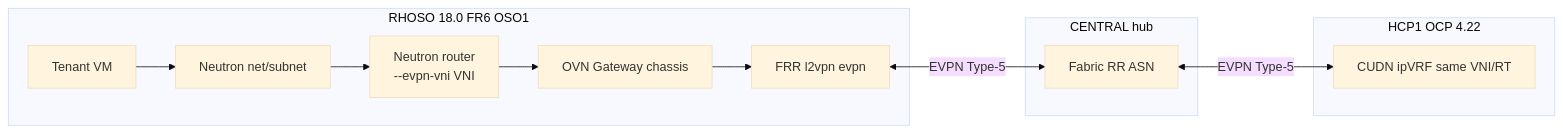
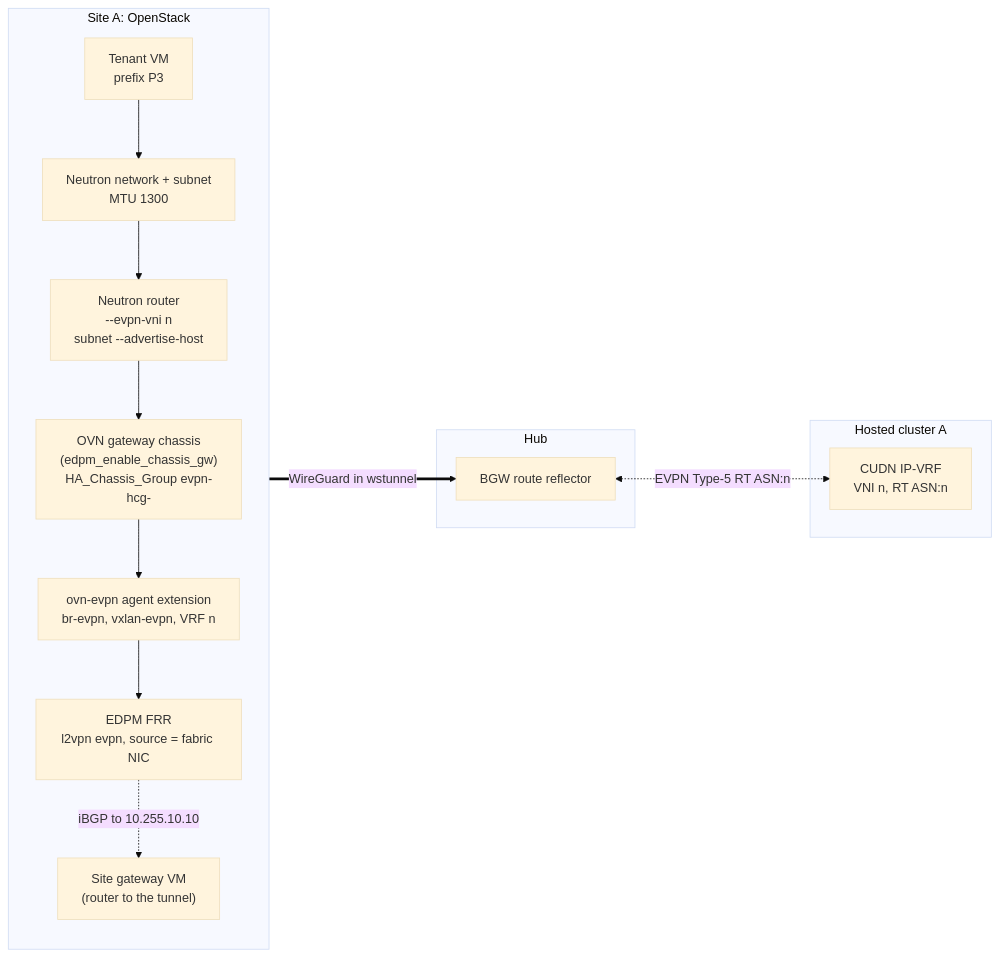
One commit to hybrid-sovereign-cloud/hybridcloud-demojam changed the eighth of 15 diagrams in design/fabric.md. Above: the diagram before and after it, drawn with Mermaid (base theme). The commit also changed other lines of this file and 64 other files, not shown here.

````diff
--- a/design/fabric.md
+++ b/design/fabric.md
@@ -594,20 +632,23 @@
 ```mermaid
 flowchart LR
-  subgraph oso["RHOSO 18.0 FR6 OSO1"]
-    VM[Tenant VM]
-    NS[Neutron net/subnet]
-    RTR["Neutron router\n--evpn-vni VNI"]
-    GW[OVN Gateway chassis]
-    FRR[FRR l2vpn evpn]
+  subgraph site["Site A: OpenStack"]
+    direction TB
+    VM["Tenant VM\nprefix P3"]
+    NS["Neutron network + subnet\nMTU 1300"]
+    RTR["Neutron router\n--evpn-vni n\nsubnet --advertise-host"]
+    GWC["OVN gateway chassis\n(edpm_enable_chassis_gw)\nHA_Chassis_Group evpn-hcg-<router>"]
+    EV["ovn-evpn agent extension\nbr-evpn, vxlan-evpn, VRF n"]
+    FRR["EDPM FRR\nl2vpn evpn, source = fabric NIC"]
+    SG["Site gateway VM\n(router to the tunnel)"]
+    VM --> NS --> RTR --> GWC --> EV --> FRR
+    FRR -. "iBGP to 10.255.10.10" .-> SG
   end
-  subgraph hub["CENTRAL hub"]
-    RR[Fabric RR ASN]
+  subgraph hub["Hub"]
+    RR["BGW route reflector"]
   end
-  subgraph hcp["HCP1 OCP 4.22"]
-    CUDN["CUDN ipVRF same VNI/RT"]
+  subgraph hc["Hosted cluster A"]
+    CUDN["CUDN IP-VRF\nVNI n, RT ASN:n"]
   end
-  VM --> NS --> RTR --> GW
-  GW --> FRR
-  FRR <-->|EVPN Type-5| RR
-  RR <-->|EVPN Type-5| CUDN
+  SG == "WireGuard in wstunnel" ==> RR
+  RR <-. "EVPN Type-5 RT ASN:n" .-> CUDN
 ```
````
